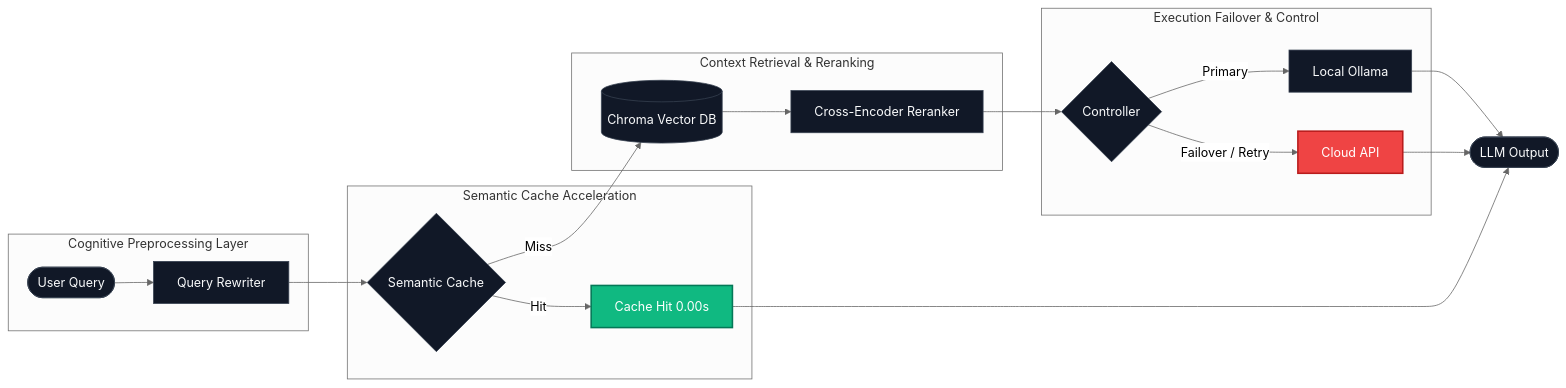
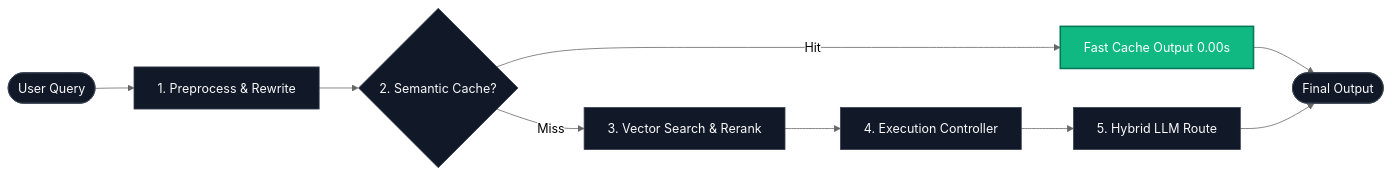
The first of 3 diagrams in README.md (Hao610/AI-Model-Atlas), drawn with Mermaid (neutral theme) before and after one commit. The commit also changed other lines of this file and 1 other file, not shown here.

Commit message:
docs: refine to v3.6 cognitive convergence (CTA button badges, memory anchor poster, Speed/Stability/Logic runtime model)

````diff
--- a/README.md
+++ b/README.md
@@ -15,34 +17,20 @@
 ```mermaid
 flowchart LR
-    subgraph Pre [Cognitive Preprocessing Layer]
-        User([User Query]) --> Rewriter[Query Rewriter]
-    end
-
-    subgraph Fast [Semantic Cache Acceleration]
-        Rewriter --> Cache{Semantic Cache}
-        Cache -->|Hit| Hit[Cache Hit 0.00s]
-    end
-
-    subgraph Search [Context Retrieval & Reranking]
-        Cache -->|Miss| DB[(Chroma Vector DB)]
-        DB --> Reranker[Cross-Encoder Reranker]
-    end
-
-    subgraph Exec [Execution Failover & Control]
-        Reranker --> Controller{Controller}
-        Controller -->|Primary| Ollama[Local Ollama]
-        Controller -->|Failover / Retry| CloudAPI[Cloud API]
-    end
-
-    Ollama --> Final([LLM Output])
-    CloudAPI --> Final
-    Hit --> Final
+    Query([User Query]) --> Pre[1. Preprocess & Rewrite]
+    Pre --> Cache{2. Semantic Cache?}
+    
+    Cache -->|Hit| CacheHit[Fast Cache Output 0.00s]
+    Cache -->|Miss| RAG[3. Vector Search & Rerank]
+    
+    RAG --> Controller[4. Execution Controller]
+    Controller --> LLM[5. Hybrid LLM Route]
+    
+    CacheHit --> Output([Final Output])
+    LLM --> Output
 
     classDef default fill:#111827,stroke:#374151,stroke-width:1px,color:#f9fafb;
     classDef highlight fill:#10b981,stroke:#047857,stroke-width:2px,color:#fff;
-    classDef alert fill:#ef4444,stroke:#b91c1c,stroke-width:2px,color:#fff;
     classDef title fill:#1f2937,stroke:#4b5563,stroke-width:1px,color:#f3f4f6;
 
-    class Hit highlight;
-    class CloudAPI alert;
+    class CacheHit highlight;
 ```
````
